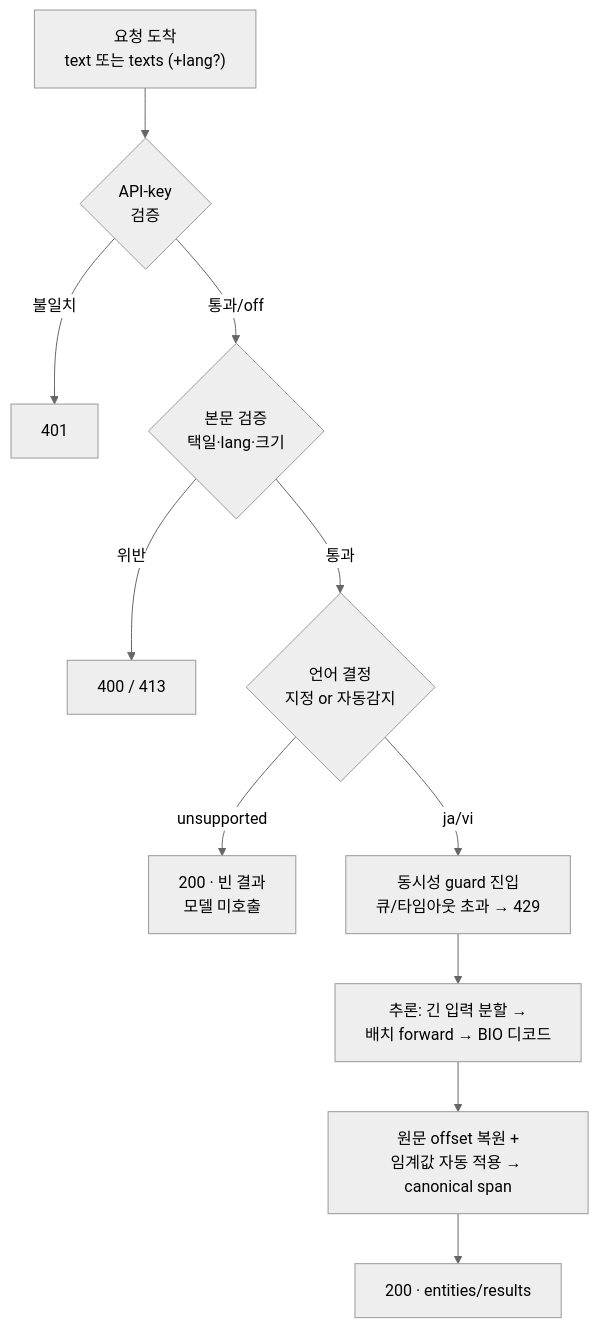
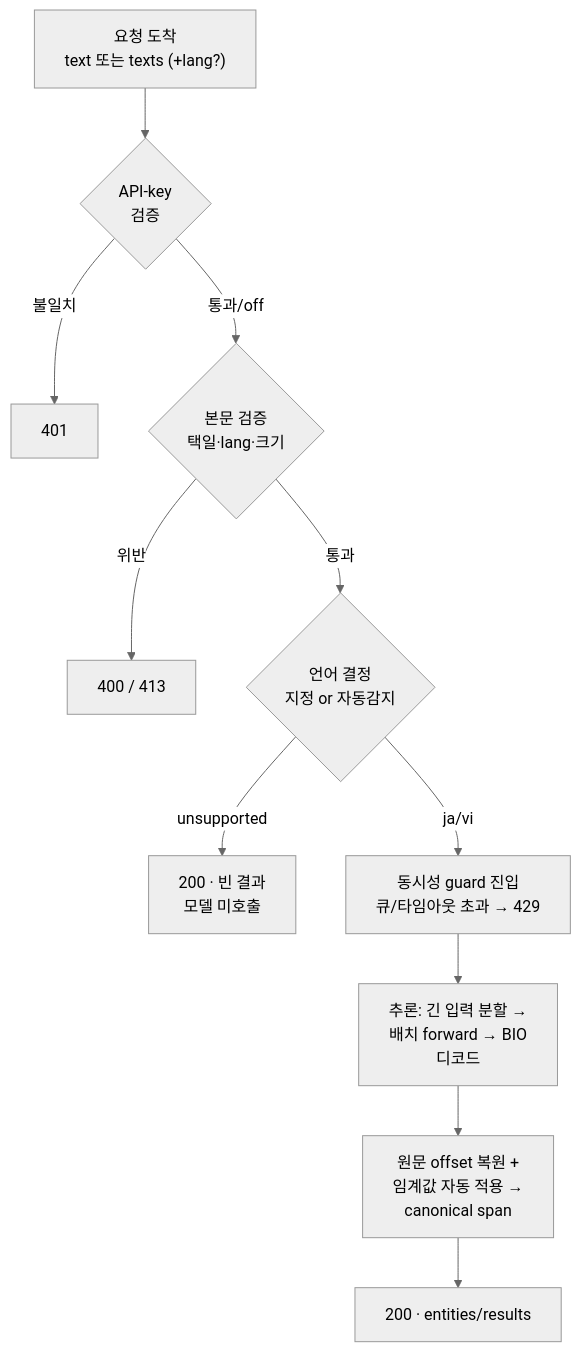
One commit to groovallstar/ner-pipeline-public changed the diagram in docs/manual/rest-api-spec.md. Above: the diagram before and after it, drawn with Mermaid (neutral theme). The commit also changed 7 other files, not shown here.

First line of the commit message:
docs: mermaid CJK 세로 잘림 해소 — 긴 라벨 줄바꿈

````diff
--- a/docs/manual/rest-api-spec.md
+++ b/docs/manual/rest-api-spec.md
@@ -251,13 +251,13 @@
 ```mermaid
 flowchart TD
     REQ["요청 도착<br/>text 또는 texts (+lang?)"] --> AUTH{"API-key<br/>검증"}
     AUTH -->|불일치| E401["401"]
     AUTH -->|통과/off| VAL{"본문 검증<br/>택일·lang·크기"}
     VAL -->|위반| ERR["400 / 413"]
     VAL -->|통과| LANG{"언어 결정<br/>지정 or 자동감지"}
     LANG -->|unsupported| EMPTY["200 · 빈 결과<br/>모델 미호출"]
     LANG -->|ja/vi| GUARD["동시성 guard 진입<br/>큐/타임아웃 초과 → 429"]
-    GUARD --> INFER["추론: 긴 입력 분할 →<br/>배치 forward → BIO 디코드"]
-    INFER --> CANON["원문 offset 복원 +<br/>임계값 자동 적용 → canonical span"]
+    GUARD --> INFER["추론: 긴 입력 분할 →<br/>배치 forward → BIO<br/>디코드"]
+    INFER --> CANON["원문 offset 복원 +<br/>임계값 자동 적용 →<br/>canonical span"]
     CANON --> OK["200 · entities/results"]
 ```
````
